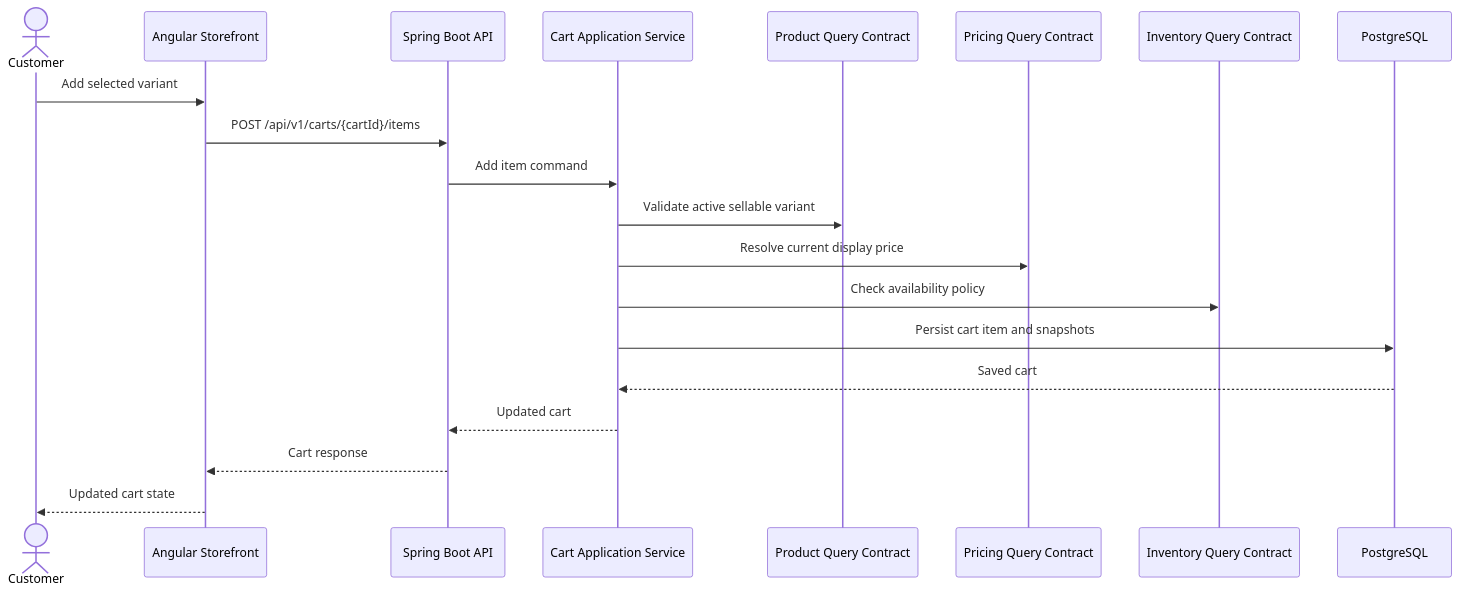
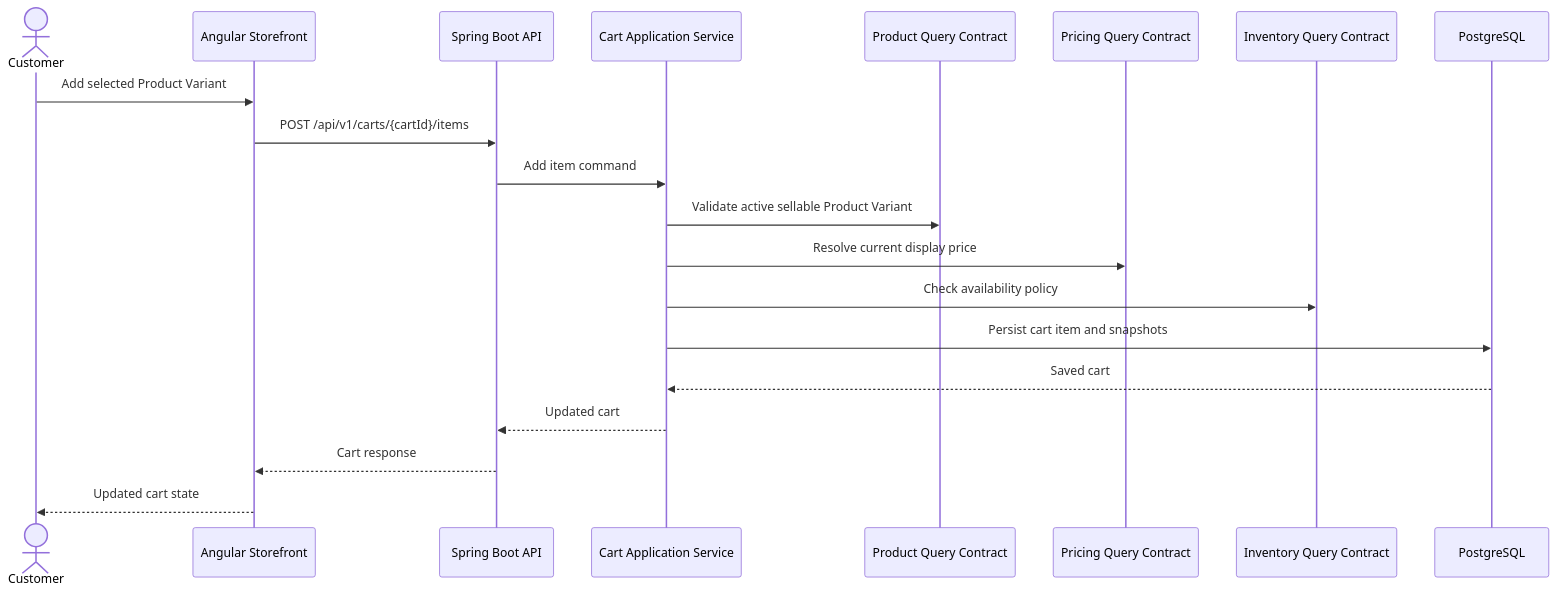
The second of 6 diagrams in enterprise-fashion-ecommerce/.ai/core/ARCHITECTURE.md (awesomehesman/eCom-Online-Store), drawn with Mermaid before and after one commit. The commit also changed other lines of this file, not shown here.

Commit message:
docs(ai): align architecture after core audit

````diff
--- a/enterprise-fashion-ecommerce/.ai/core/ARCHITECTURE.md
+++ b/enterprise-fashion-ecommerce/.ai/core/ARCHITECTURE.md
@@ -799,23 +801,23 @@
 ```mermaid
 sequenceDiagram
     actor Customer
     participant Web as Angular Storefront
     participant API as Spring Boot API
     participant Cart as Cart Application Service
     participant Product as Product Query Contract
     participant Pricing as Pricing Query Contract
     participant Inventory as Inventory Query Contract
     participant DB as PostgreSQL
 
-    Customer->>Web: Add selected variant
+    Customer->>Web: Add selected Product Variant
     Web->>API: POST /api/v1/carts/{cartId}/items
     API->>Cart: Add item command
-    Cart->>Product: Validate active sellable variant
+    Cart->>Product: Validate active sellable Product Variant
     Cart->>Pricing: Resolve current display price
     Cart->>Inventory: Check availability policy
     Cart->>DB: Persist cart item and snapshots
     DB-->>Cart: Saved cart
     Cart-->>API: Updated cart
     API-->>Web: Cart response
     Web-->>Customer: Updated cart state
 ```
````
